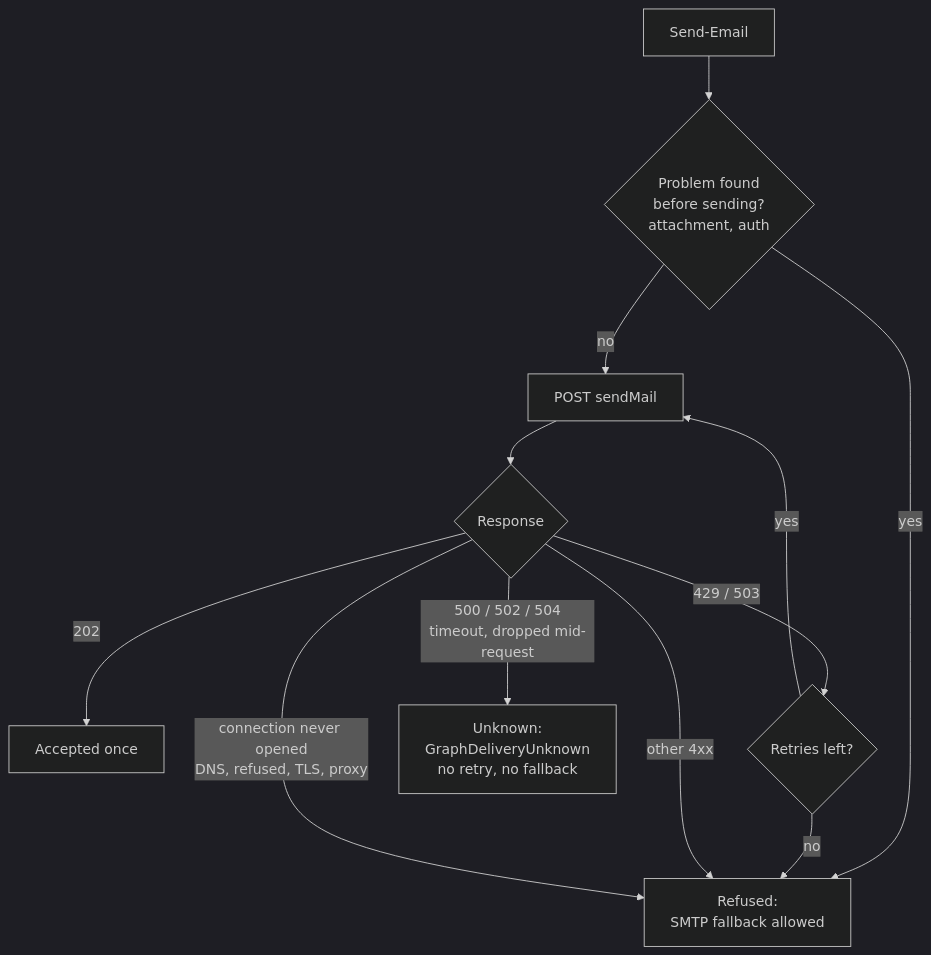
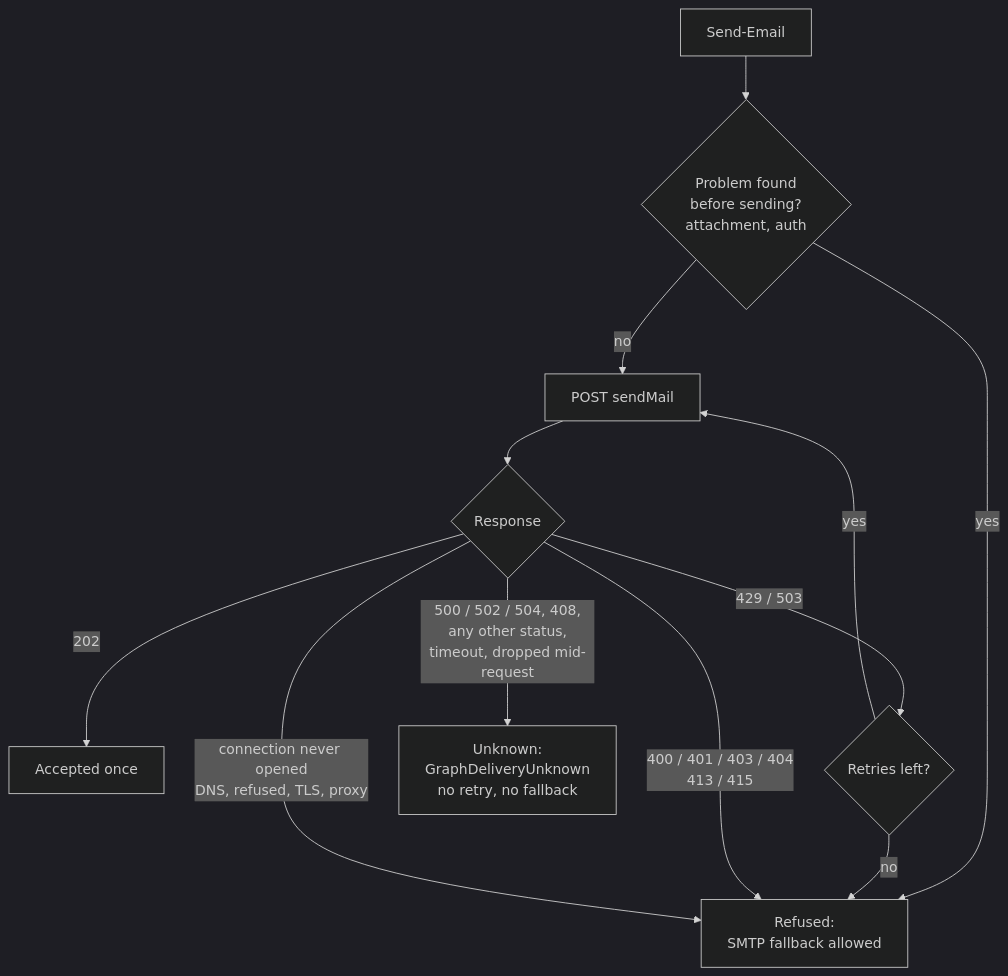
One commit to jackson-asmith/jacksonsmith.github.io changed the diagram in _projects/keel.md. Above: the diagram before and after it, drawn with Mermaid (dark theme). The commit also changed other lines of this file, not shown here.

````diff
--- a/_projects/keel.md
+++ b/_projects/keel.md
@@ -54,14 +54,14 @@
 ```mermaid
 flowchart TD
   A[Send-Email] --> B{Problem found<br/>before sending?<br/>attachment, auth}
   B -- yes --> R[Refused:<br/>SMTP fallback allowed]
   B -- no --> C[POST sendMail]
   C --> D{Response}
   D -- 202 --> OK[Accepted once]
   D -- "429 / 503" --> E{Retries left?}
   E -- yes --> C
   E -- no --> R
-  D -- "other 4xx" --> R
+  D -- "400 / 401 / 403 / 404<br/>413 / 415" --> R
   D -- "connection never opened<br/>DNS, refused, TLS, proxy" --> R
-  D -- "500 / 502 / 504<br/>timeout, dropped mid-request" --> U[Unknown:<br/>GraphDeliveryUnknown<br/>no retry, no fallback]
+  D -- "500 / 502 / 504, 408,<br/>any other status,<br/>timeout, dropped mid-request" --> U[Unknown:<br/>GraphDeliveryUnknown<br/>no retry, no fallback]
 ```
````
